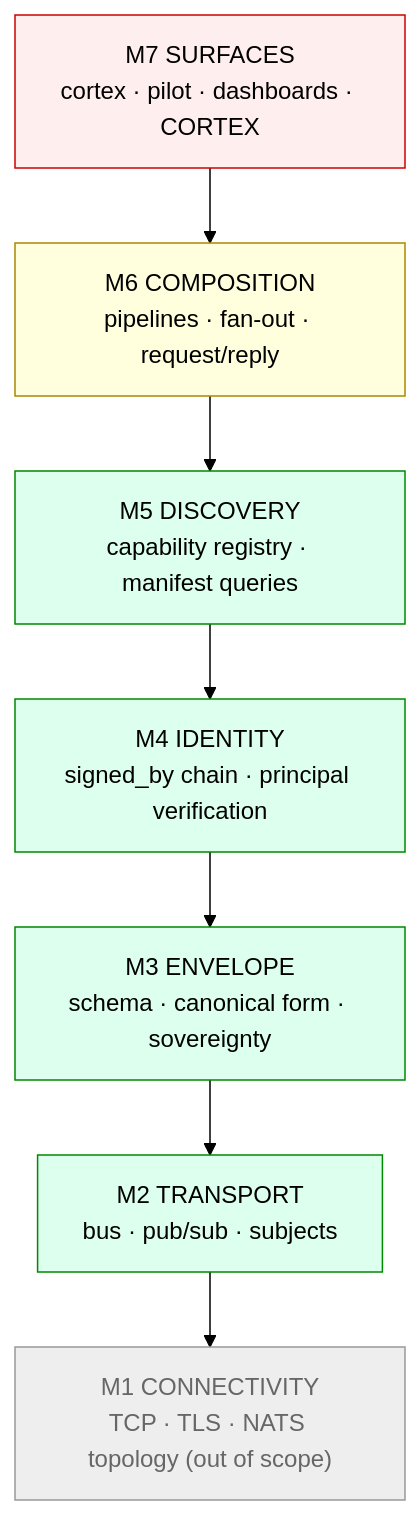
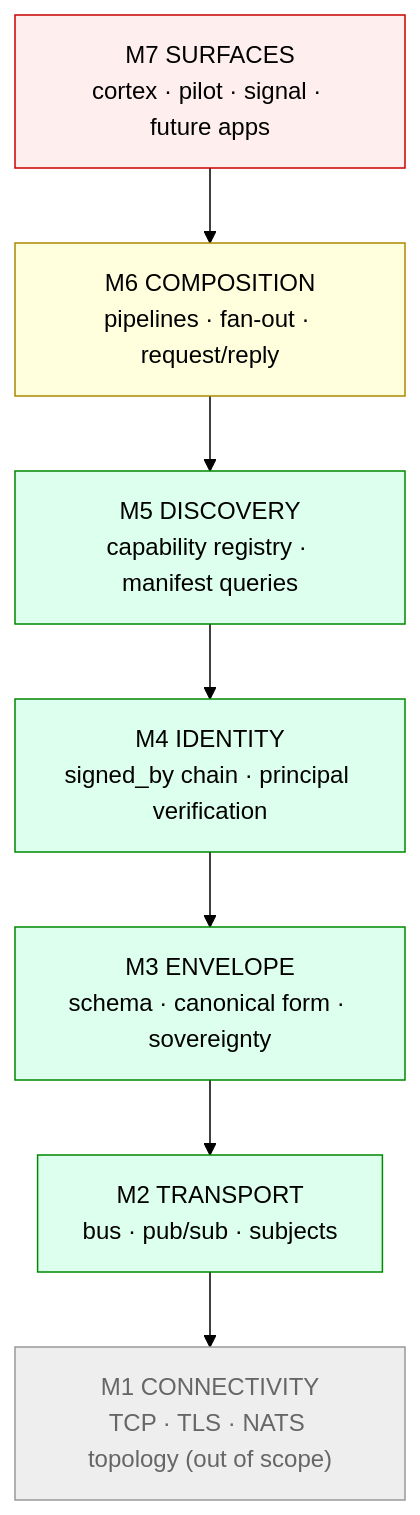
One commit to the-metafactory/myelin changed the diagram in docs/architecture.md. Above: the diagram before and after it, drawn with Mermaid (forest theme). The commit also changed other lines of this file, not shown here.

First line of the commit message:
docs: architecture.md M7 surfaces row — current app names (cortex/pilot/signal) (#276)

````diff
--- a/docs/architecture.md
+++ b/docs/architecture.md
@@ -48,19 +48,19 @@
 ```mermaid
 flowchart TB
-  M7["M7 SURFACES<br/>cortex · pilot · dashboards · CORTEX"]
+  M7["M7 SURFACES<br/>cortex · pilot · signal · future apps"]
   M6["M6 COMPOSITION<br/>pipelines · fan-out · request/reply"]
   M5["M5 DISCOVERY<br/>capability registry · manifest queries"]
   M4["M4 IDENTITY<br/>signed_by chain · principal verification"]
   M3["M3 ENVELOPE<br/>schema · canonical form · sovereignty"]
   M2["M2 TRANSPORT<br/>bus · pub/sub · subjects"]
   M1["M1 CONNECTIVITY<br/>TCP · TLS · NATS topology (out of scope)"]
   M7 --> M6 --> M5 --> M4 --> M3 --> M2 --> M1
   classDef oos fill:#eee,stroke:#999,color:#666;
   classDef impl fill:#dfe,stroke:#080;
   classDef partial fill:#ffd,stroke:#a80;
   classDef pend fill:#fee,stroke:#c00;
   class M1 oos;
   class M2,M3,M4,M5 impl;
   class M6 partial;
   class M7 pend;
 ```
````
